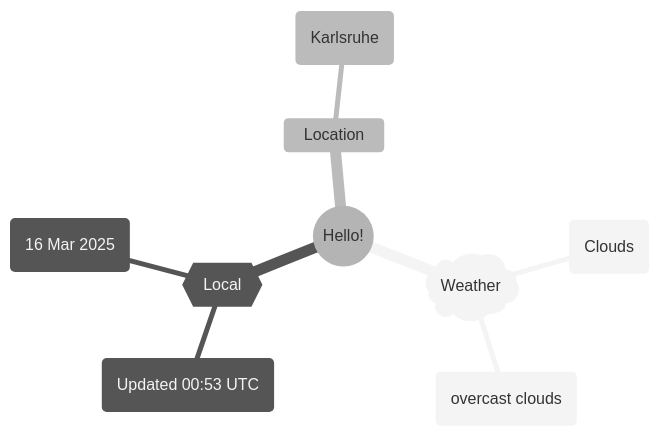
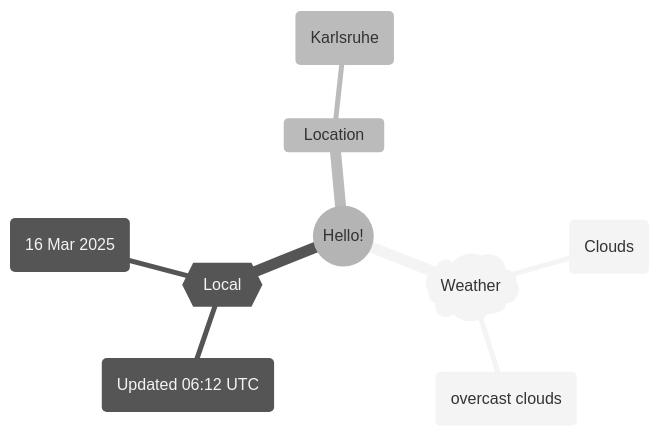
Before and after one commit to Xosrov/Xosrov: the first of 2 diagrams in README.md, drawn with Mermaid (neutral theme).

Commit message:
[bot] updated images

````diff
--- a/README.md
+++ b/README.md
@@ -3,12 +3,12 @@
 ```mermaid
 mindmap
   root((Hello!))
     )Weather(
         (Clouds)
         (overcast clouds)
     {{Local}}
-        (Updated 00:53 UTC)
+        (Updated 06:12 UTC)
         (16 Mar 2025)
     Location
         (Karlsruhe)
 ```
````
